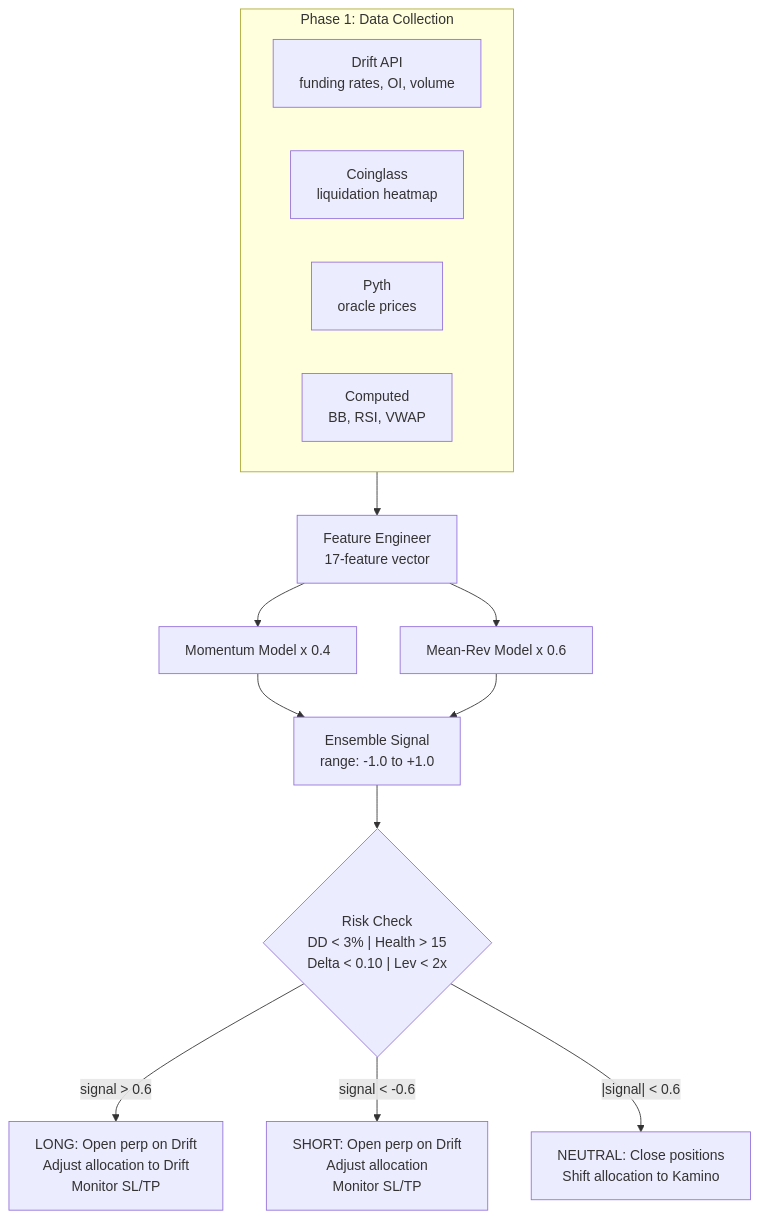
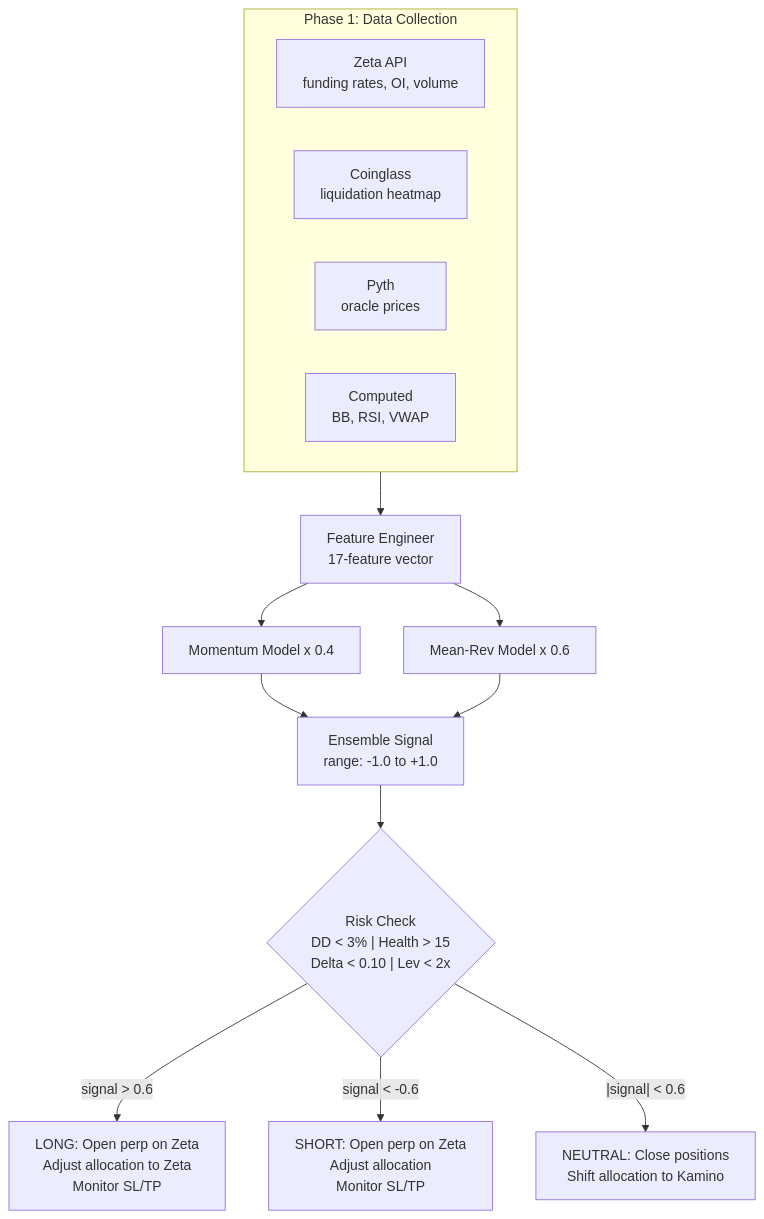
One commit to Ashutosh0x/ranger-ai-vault changed the fourth of 7 diagrams in README.md. Above: the diagram before and after it, drawn with Mermaid. The commit also changed other lines of this file and 82 other files, not shown here.

Commit message:
feat: pivot from Drift to Zeta Markets and add walk-forward backtest results

````diff
--- a/README.md
+++ b/README.md
@@ -200,21 +200,21 @@
 ```mermaid
 flowchart TD
     subgraph Fetch["Phase 1: Data Collection"]
-        DriftAPI["Drift API\nfunding rates, OI, volume"]
+        ZetaAPI["Zeta API\nfunding rates, OI, volume"]
         CG["Coinglass\nliquidation heatmap"]
         Pyth["Pyth\noracle prices"]
         Computed["Computed\nBB, RSI, VWAP"]
     end
 
     Fetch --> FE["Feature Engineer\n17-feature vector"]
     FE --> Mom["Momentum Model x 0.4"]
     FE --> Rev["Mean-Rev Model x 0.6"]
     Mom --> Ensemble["Ensemble Signal\nrange: -1.0 to +1.0"]
     Rev --> Ensemble
 
     Ensemble --> Risk{"Risk Check\nDD < 3% | Health > 15\nDelta < 0.10 | Lev < 2x"}
 
-    Risk -->|"signal > 0.6"| Long["LONG: Open perp on Drift\nAdjust allocation to Drift\nMonitor SL/TP"]
-    Risk -->|"signal < -0.6"| Short["SHORT: Open perp on Drift\nAdjust allocation\nMonitor SL/TP"]
+    Risk -->|"signal > 0.6"| Long["LONG: Open perp on Zeta\nAdjust allocation to Zeta\nMonitor SL/TP"]
+    Risk -->|"signal < -0.6"| Short["SHORT: Open perp on Zeta\nAdjust allocation\nMonitor SL/TP"]
     Risk -->|"|signal| < 0.6"| Neutral["NEUTRAL: Close positions\nShift allocation to Kamino"]
 ```
````
